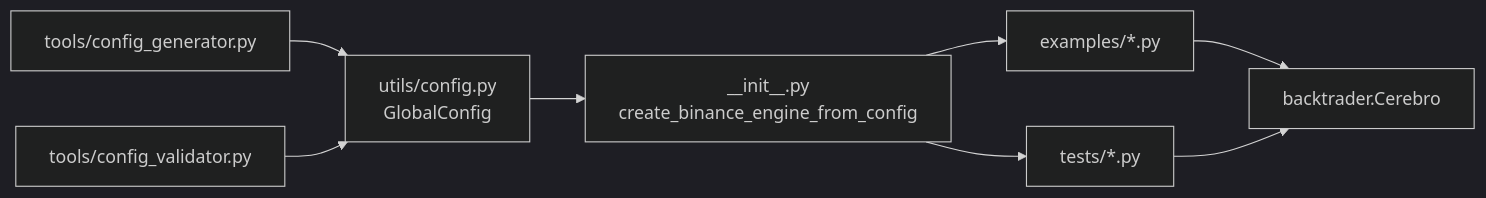
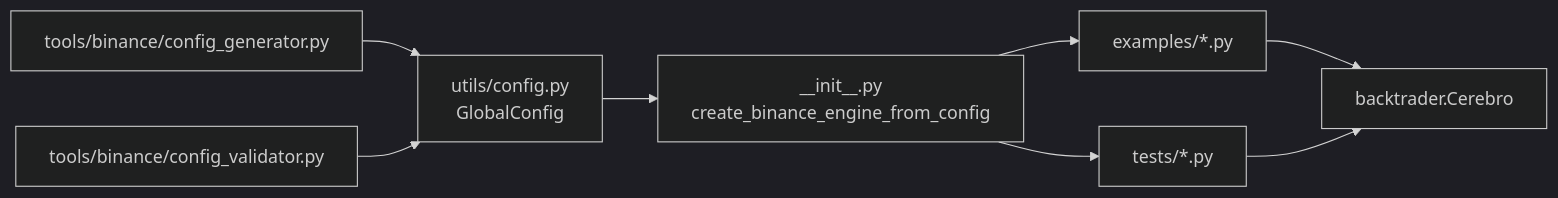
One commit to bench-prog/backtrader changed the fourth of 4 diagrams in .qoder/repowiki/zh/content/实盘交易模块/Binance交易所集成/示例脚本集.md. Above: the diagram before and after it, drawn with Mermaid (dark theme). The commit also changed other lines of this file and 40 other files, not shown here.

````diff
--- a/.qoder/repowiki/zh/content/实盘交易模块/Binance交易所集成/示例脚本集.md
+++ b/.qoder/repowiki/zh/content/实盘交易模块/Binance交易所集成/示例脚本集.md
@@ -372,10 +368,10 @@
 ```mermaid
 graph LR
 GC["utils/config.py<br/>GlobalConfig"] --> IF["__init__.py<br/>create_binance_engine_from_config"]
 IF --> EX["examples/*.py"]
 IF --> TS["tests/*.py"]
-CG["tools/config_generator.py"] --> GC
-CV["tools/config_validator.py"] --> GC
+CG["tools/binance/config_generator.py"] --> GC
+CV["tools/binance/config_validator.py"] --> GC
 EX --> BT["backtrader.Cerebro"]
 TS --> BT
 ```
````
